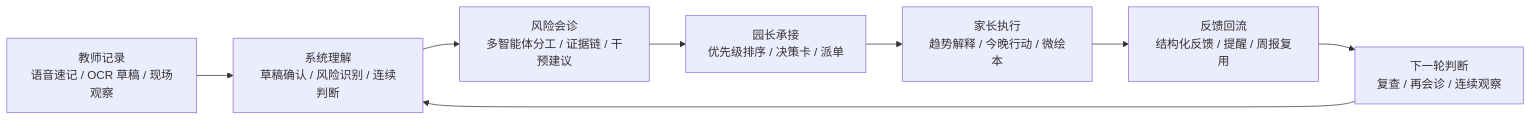
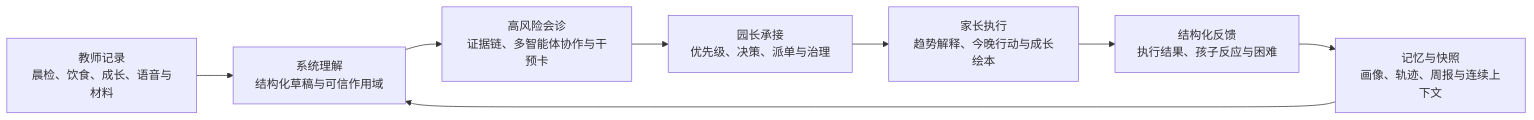
Before and after one commit to VictorMaxWang/childcare-smart: the first of 3 diagrams in README.md, drawn with Mermaid. The commit also changed other lines of this file, not shown here.

````diff
--- a/README.md
+++ b/README.md
@@ -145,12 +73,10 @@
 ```mermaid
 flowchart LR
-  R1["教师记录<br/>语音速记 / OCR 草稿 / 现场观察"]
-  R2["系统理解<br/>草稿确认 / 风险识别 / 连续判断"]
-  R3["风险会诊<br/>多智能体分工 / 证据链 / 干预建议"]
-  R4["园长承接<br/>优先级排序 / 决策卡 / 派单"]
-  R5["家长执行<br/>趋势解释 / 今晚行动 / 微绘本"]
-  R6["反馈回流<br/>结构化反馈 / 提醒 / 周报复用"]
-  R7["下一轮判断<br/>复查 / 再会诊 / 连续观察"]
-
-  R1 --> R2 --> R3 --> R4 --> R5 --> R6 --> R7 --> R2
+  A["教师记录<br/>晨检、饮食、成长、语音与材料"] --> B["系统理解<br/>结构化草稿与可信作用域"]
+  B --> C["高风险会诊<br/>证据链、多智能体协作与干预卡"]
+  C --> D["园长承接<br/>优先级、决策、派单与治理"]
+  D --> E["家长执行<br/>趋势解释、今晚行动与成长绘本"]
+  E --> F["结构化反馈<br/>执行结果、孩子反应与困难"]
+  F --> G["记忆与快照<br/>画像、轨迹、周报与连续上下文"]
+  G --> B
 ```
````
